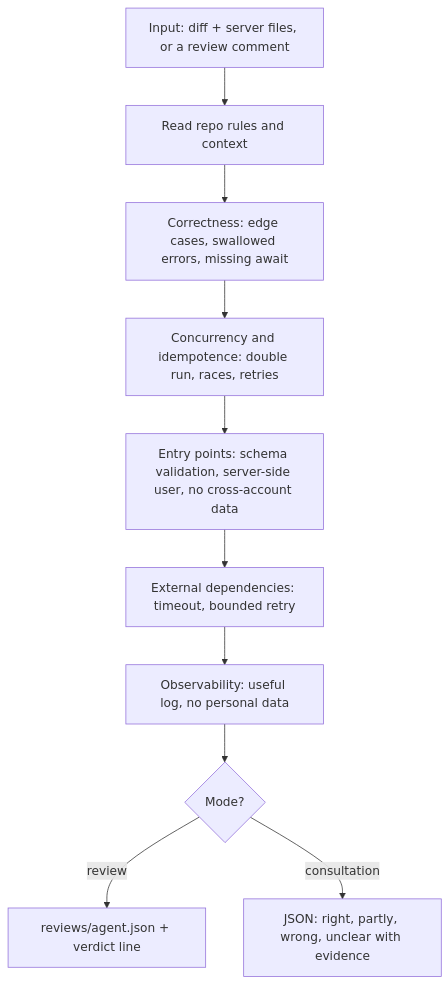
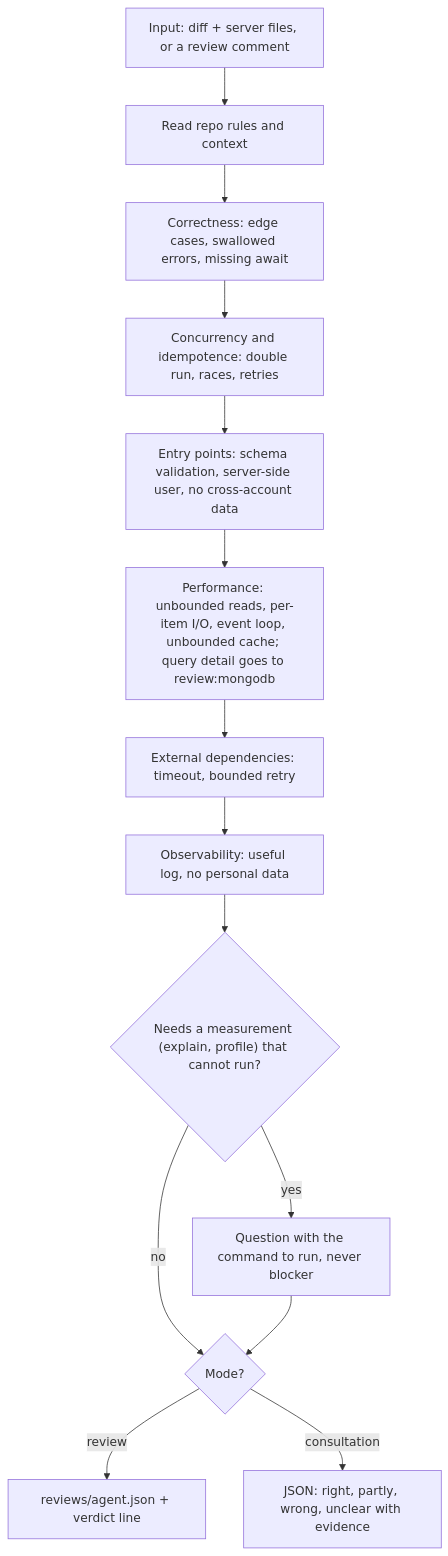
Before and after one commit to nicolasmondain/adorno: the second of 9 diagrams in src/agents/review/SCHEMA.md, drawn with Mermaid. The commit also changed other lines of this file and 44 other files, not shown here.

````diff
--- a/src/agents/review/SCHEMA.md
+++ b/src/agents/review/SCHEMA.md
@@ -20,12 +20,16 @@
 ```mermaid
 flowchart TD
   A["Input: diff + server files, or a review comment"] --> B["Read repo rules and context"]
   B --> C["Correctness: edge cases, swallowed errors, missing await"]
   C --> D["Concurrency and idempotence: double run, races, retries"]
   D --> E["Entry points: schema validation, server-side user, no cross-account data"]
-  E --> F["External dependencies: timeout, bounded retry"]
+  E --> K["Performance: unbounded reads, per-item I/O, event loop, unbounded cache; query detail goes to review:mongodb"]
+  K --> F["External dependencies: timeout, bounded retry"]
   F --> G["Observability: useful log, no personal data"]
-  G --> H{"Mode?"}
+  G --> P{"Needs a measurement (explain, profile) that cannot run?"}
+  P -->|"yes"| Q["Question with the command to run, never blocker"]
+  P -->|"no"| H{"Mode?"}
+  Q --> H
   H -->|"review"| I["reviews/agent.json + verdict line"]
   H -->|"consultation"| J["JSON: right, partly, wrong, unclear with evidence"]
 ```
````
